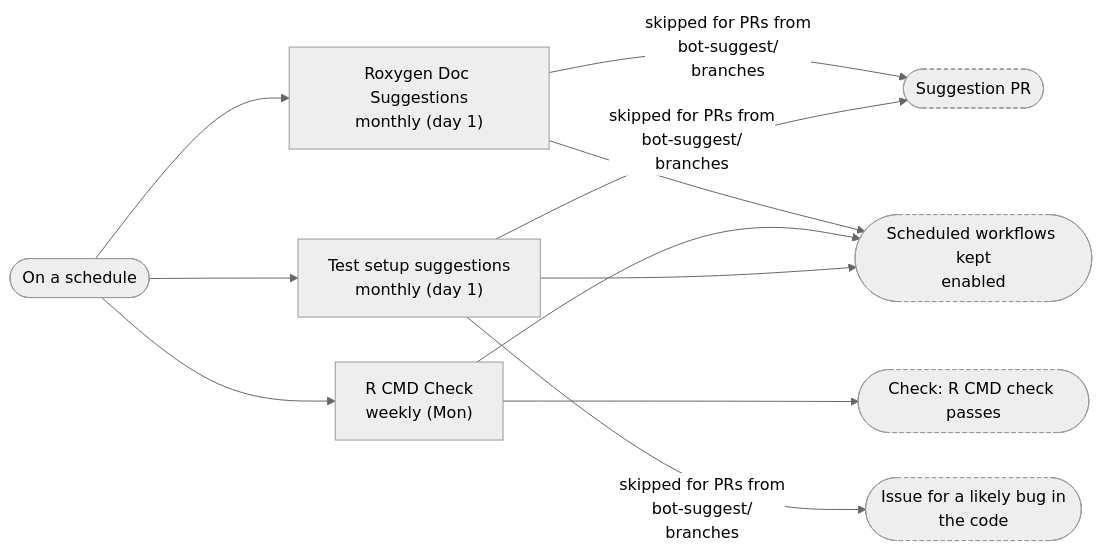
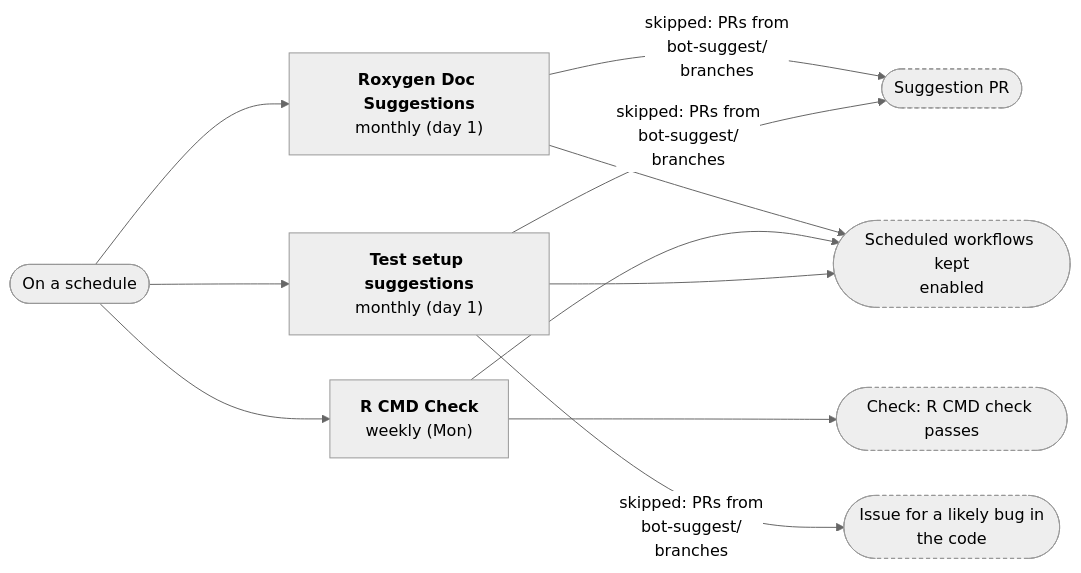
Before and after one commit to nfdi4health/dsSupportClient: the fifth of 5 diagrams in .github/workflow-graphs/README.md, drawn with Mermaid (neutral theme). The commit also changed other lines of this file, not shown here.

Commit message:
docs: update workflow diagrams

````diff
--- a/.github/workflow-graphs/README.md
+++ b/.github/workflow-graphs/README.md
@@ -121,23 +129,23 @@
 ```mermaid
 %%{init: {"flowchart": {"rankSpacing": 140, "nodeSpacing": 45}}}%%
 flowchart LR
   ev(["On a schedule"])
-  wf_docs_suggest_yml["Roxygen Doc Suggestions<br/>monthly (day 1)"]
+  wf_docs_suggest_yml["<b>Roxygen Doc Suggestions</b><br/>monthly (day 1)"]
   ev --> wf_docs_suggest_yml
-  wf_R_CMD_Check_yml["R CMD Check<br/>weekly (Mon)"]
+  wf_R_CMD_Check_yml["<b>R CMD Check</b><br/>weekly (Mon)"]
   ev --> wf_R_CMD_Check_yml
-  wf_test_suggest_yml["Test setup suggestions<br/>monthly (day 1)"]
+  wf_test_suggest_yml["<b>Test setup suggestions</b><br/>monthly (day 1)"]
   ev --> wf_test_suggest_yml
   out_1(["Suggestion PR"]):::outcome
   out_2(["Scheduled workflows kept<br/>enabled"]):::outcome
   out_3(["Check: R CMD check passes"]):::outcome
   out_4(["Issue for a likely bug in<br/>the code"]):::outcome
-  wf_docs_suggest_yml -- "skipped for PRs from<br/>bot-suggest/<br/>branches" --> out_1
+  wf_docs_suggest_yml -- "skipped: PRs from<br/>bot-suggest/<br/>branches" --> out_1
   wf_docs_suggest_yml --> out_2
   wf_R_CMD_Check_yml --> out_3
   wf_R_CMD_Check_yml --> out_2
-  wf_test_suggest_yml -- "skipped for PRs from<br/>bot-suggest/<br/>branches" --> out_1
-  wf_test_suggest_yml -- "skipped for PRs from<br/>bot-suggest/<br/>branches" --> out_4
+  wf_test_suggest_yml -- "skipped: PRs from<br/>bot-suggest/<br/>branches" --> out_1
+  wf_test_suggest_yml -- "skipped: PRs from<br/>bot-suggest/<br/>branches" --> out_4
   wf_test_suggest_yml --> out_2
   classDef outcome stroke-dasharray: 4 3
 ```
````
